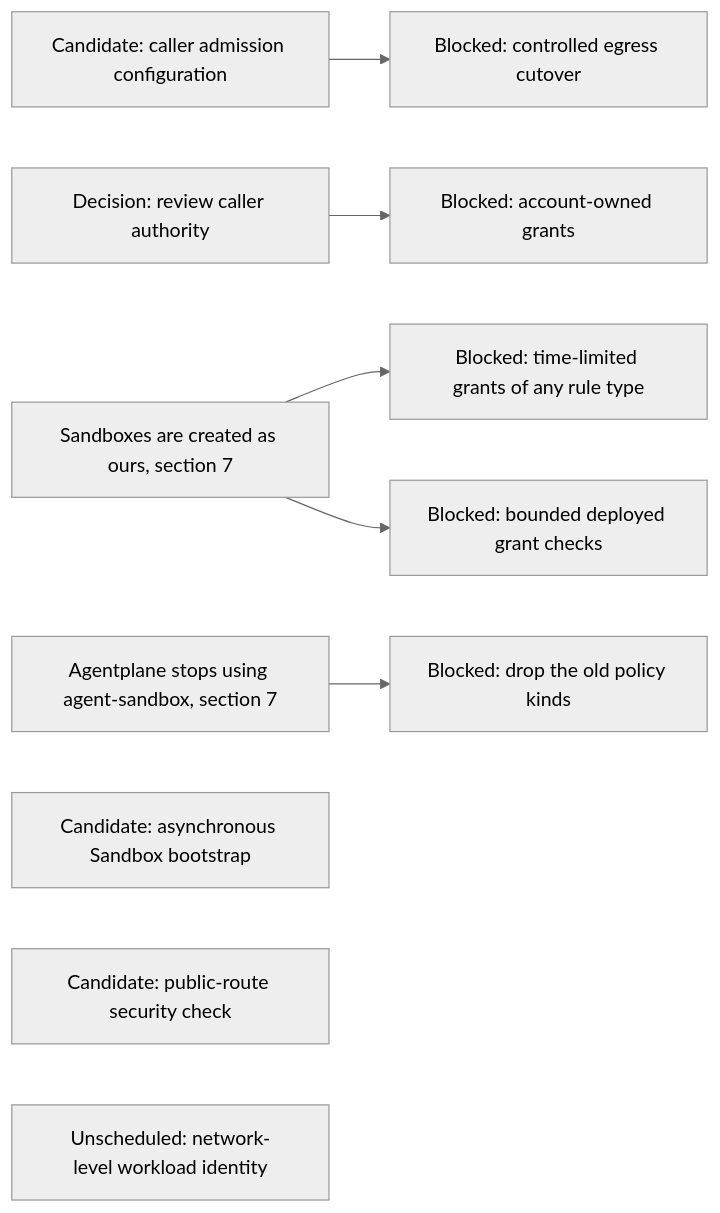
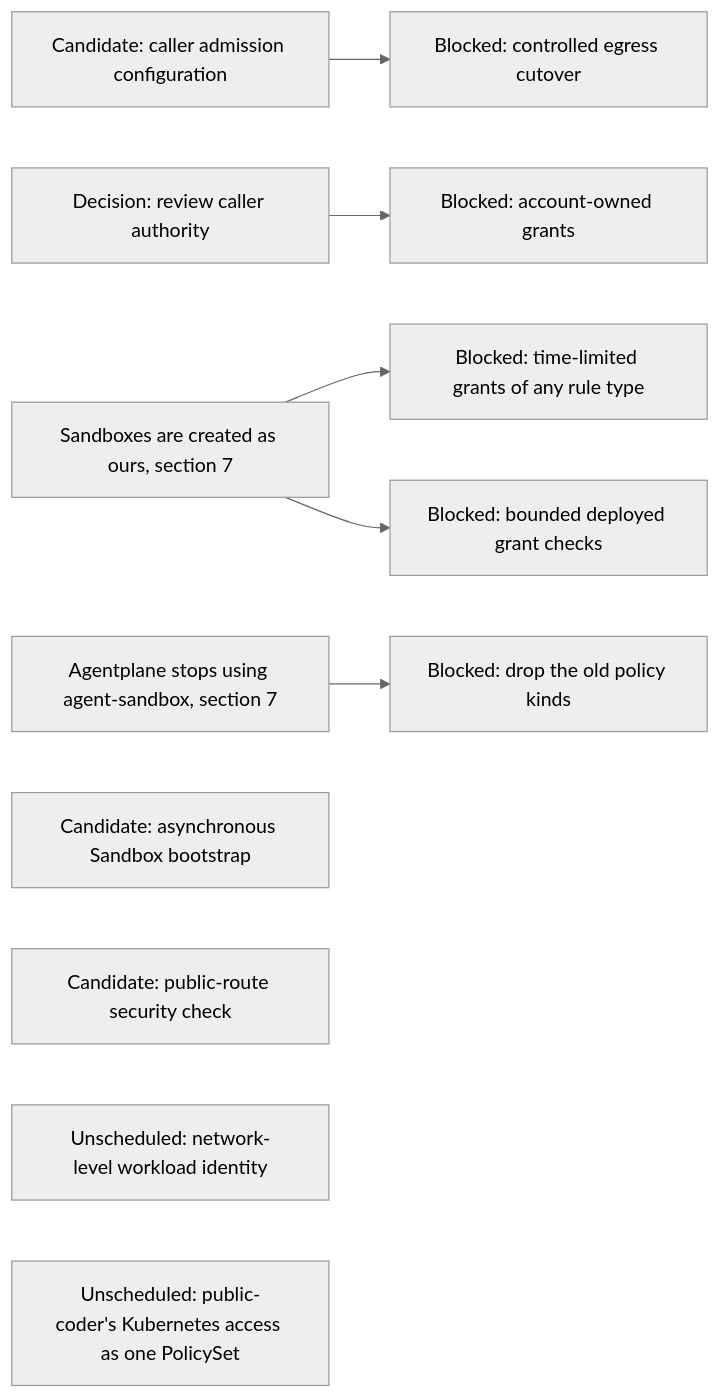
Before and after one commit to agentydragon-agent/ducktape: the eighth of 14 diagrams in agentplane/plans/task_dag.md, drawn with Mermaid (neutral theme). The commit also changed other lines of this file, not shown here.

First line of the commit message:
agentplane/plans: public-coder's Kubernetes access as one PolicySet (#10192)

````diff
--- a/agentplane/plans/task_dag.md
+++ b/agentplane/plans/task_dag.md
@@ -481,12 +481,13 @@
 ```mermaid
 flowchart LR
     PC_EGRESS_CREDENTIALS[Candidate: caller admission configuration] --> PC_EGRESS[Blocked: controlled egress cutover]
     CLAUDE_AI_SA[Decision: review caller authority] --> MANAGED_SA_RBAC[Blocked: account-owned grants]
     SANDBOX_CREATE_CUTOVER[Sandboxes are created as ours, section 7] --> POLICY_RUNTIME_GRANTS[Blocked: time-limited grants of any rule type]
     SANDBOX_CREATE_CUTOVER --> SANDBOX_RBAC
     AGENT_SANDBOX_RETIRE[Agentplane stops using agent-sandbox, section 7] --> OLD_POLICY_KINDS_DROP[Blocked: drop the old policy kinds]
     BOOTSTRAP_PROGRESS_CONTRACT[Candidate: asynchronous Sandbox bootstrap]
     SANDBOX_RBAC[Blocked: bounded deployed grant checks]
     NOTIFICATION_INGRESS_BOUNDARY[Candidate: public-route security check]
     NETWORK_WORKLOAD_IDENTITY[Unscheduled: network-level workload identity]
+    PC_KUBERNETES_POLICY_SET[Unscheduled: public-coder's Kubernetes access as one PolicySet]
 ```
````
